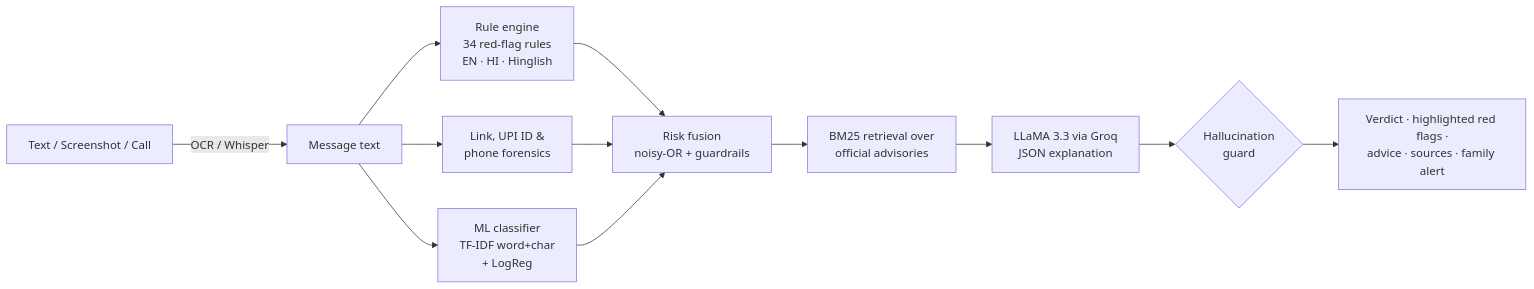
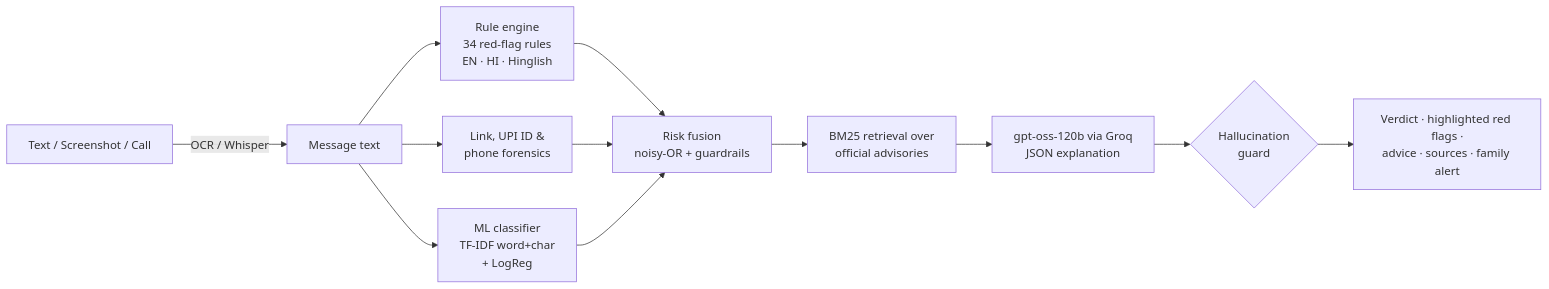
One commit to puckuz5/scamshield-india changed the diagram in README.md. Above: the diagram before and after it, drawn with Mermaid. The commit also changed other lines of this file, not shown here.

Commit message:
Update demo link and model reference in README

````diff
--- a/README.md
+++ b/README.md
@@ -30,12 +30,12 @@
 ```mermaid
 flowchart LR
     A[Text / Screenshot / Call] -->|OCR / Whisper| B[Message text]
     B --> C[Rule engine<br/>34 red-flag rules<br/>EN · HI · Hinglish]
     B --> D[Link, UPI ID &<br/>phone forensics]
     B --> E[ML classifier<br/>TF-IDF word+char<br/>+ LogReg]
     C & D & E --> F[Risk fusion<br/>noisy-OR + guardrails]
     F --> G[BM25 retrieval over<br/>official advisories]
-    G --> H[LLaMA 3.3 via Groq<br/>JSON explanation]
+    G --> H[gpt-oss-120b via Groq<br/>JSON explanation]
     H --> I{Hallucination<br/>guard}
     I --> J[Verdict · highlighted red flags ·<br/>advice · sources · family alert]
 ```
````
